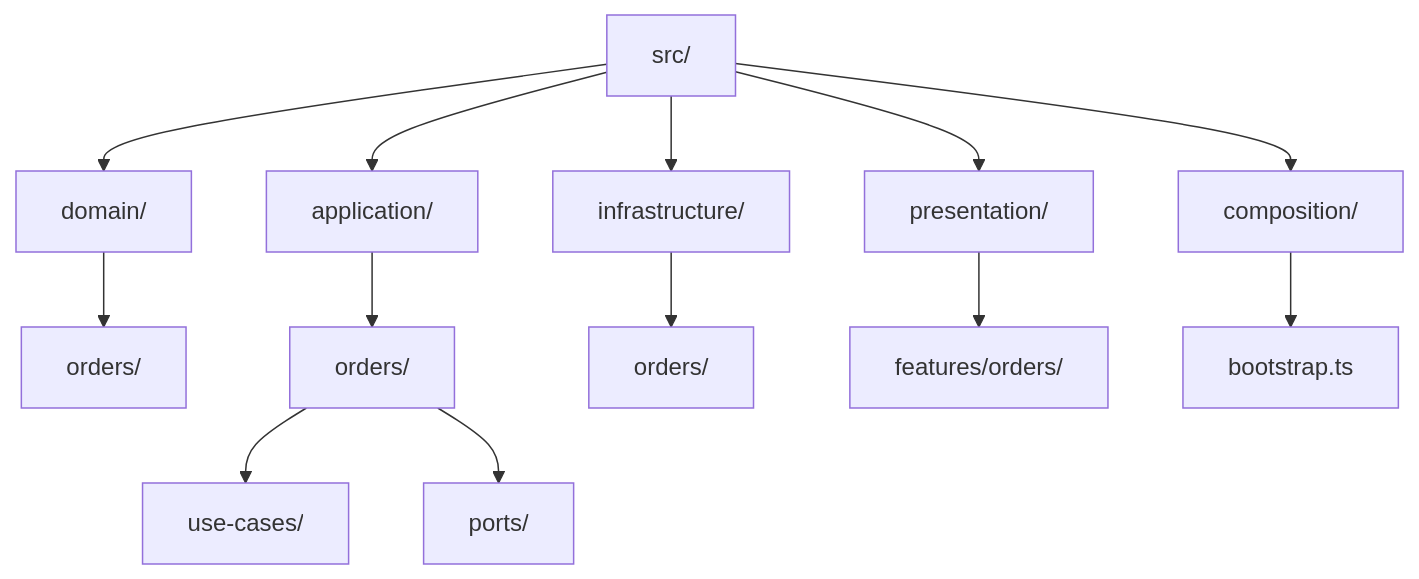
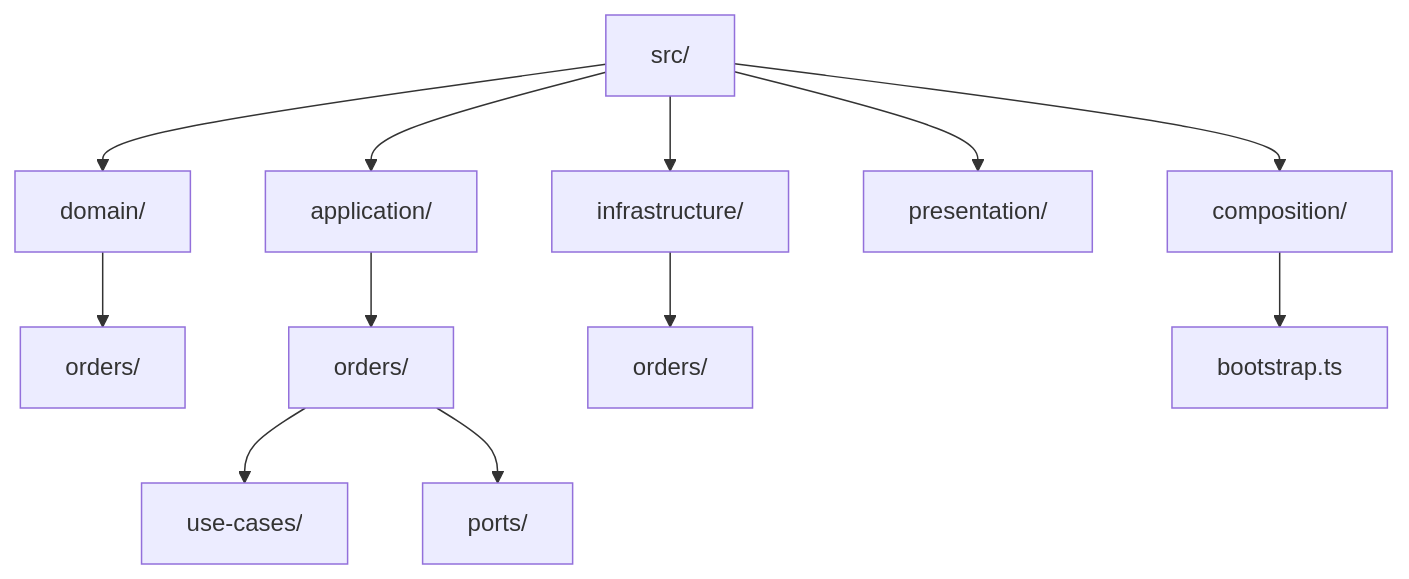
Before and after one commit to AndresTaoFlorez/software-architecture: the third of 7 diagrams in onion-architecture/README.md, drawn with Mermaid. The commit also changed other lines of this file and 43 other files, not shown here.

````diff
--- a/onion-architecture/README.md
+++ b/onion-architecture/README.md
@@ -126,17 +126,16 @@
 ```mermaid
 flowchart TD
     SRC["src/"]
     SRC --> DOMAIN["domain/"]
     SRC --> APP["application/"]
     SRC --> INFRA["infrastructure/"]
     SRC --> PRES["presentation/"]
     SRC --> COMP["composition/"]
 
     DOMAIN --> DORD["orders/"]
     APP --> AORD["orders/"]
     AORD --> USE["use-cases/"]
     AORD --> PORTS["ports/"]
     INFRA --> IORD["orders/"]
-    PRES --> FORD["features/orders/"]
     COMP --> BOOT["bootstrap.ts"]
 ```
````
